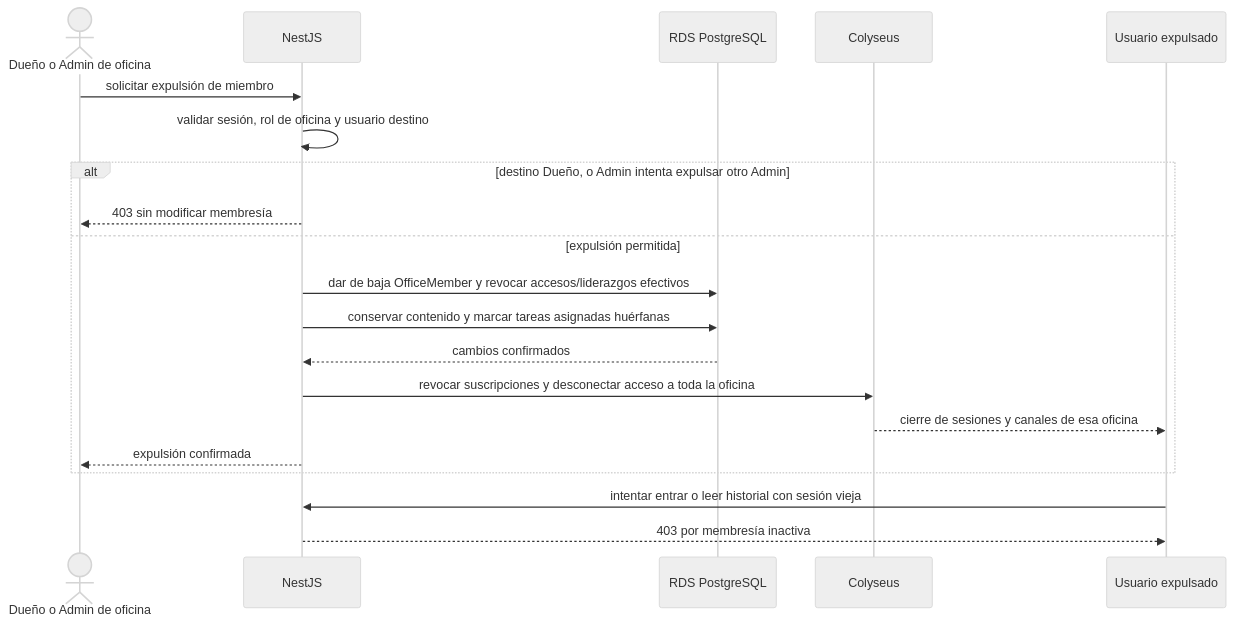
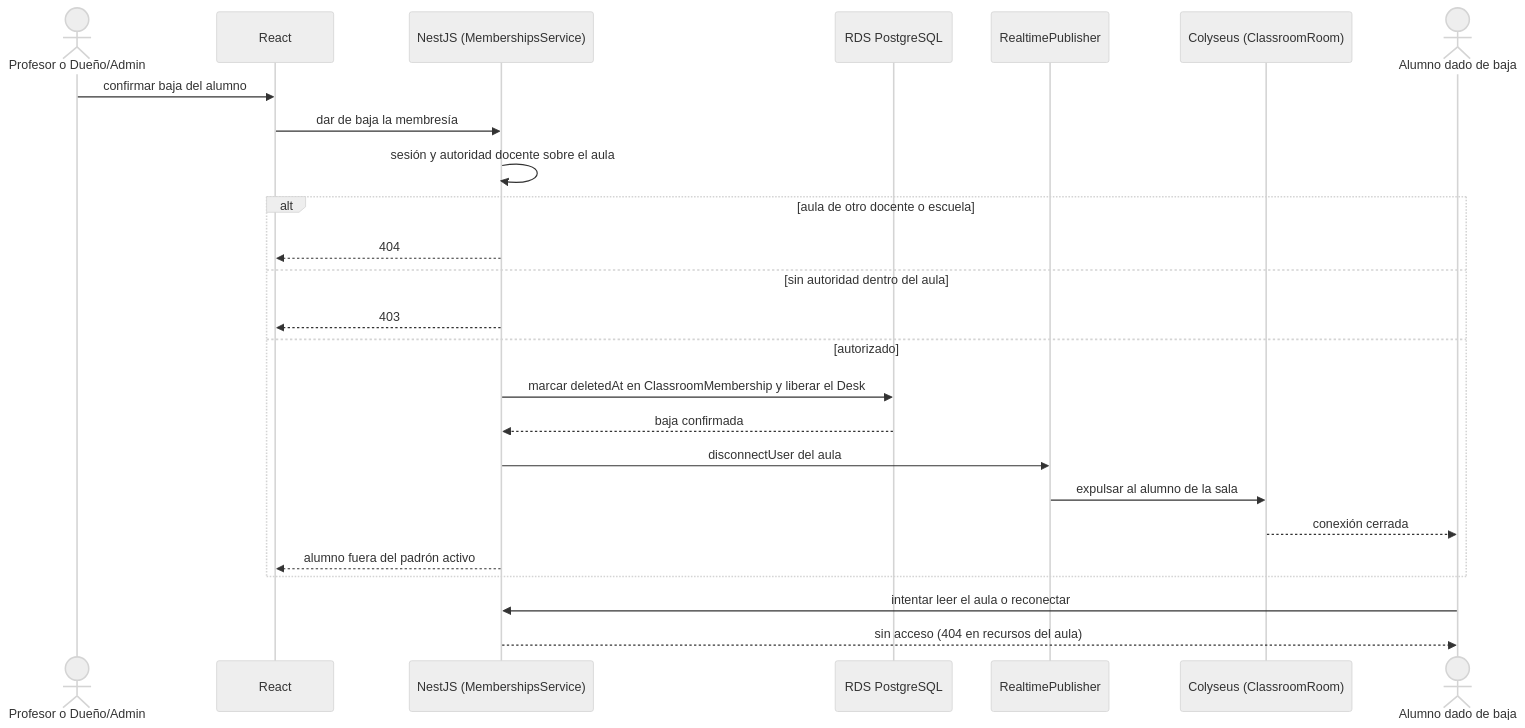
The third of 6 diagrams in docs/diagrams/04-behavioral/admin-flows.md (Agustin742/integratec-final-back), drawn with Mermaid (neutral theme) before and after one commit. The commit also changed other lines of this file and 4 other files, not shown here.

Commit message:
docs(diagrams): realign use cases and behavioral flows with the school niche model

````diff
--- a/docs/diagrams/04-behavioral/admin-flows.md
+++ b/docs/diagrams/04-behavioral/admin-flows.md
@@ -88,23 +96,28 @@
 ```mermaid
 sequenceDiagram
-    actor manager as Dueño o Admin de oficina
-    participant api as NestJS
+    actor staff as Profesor o Dueño/Admin
+    participant web as React
+    participant api as NestJS (MembershipsService)
     participant db as RDS PostgreSQL
-    participant col as Colyseus
-    participant target as Usuario expulsado
+    participant rt as RealtimePublisher
+    participant colyseus as Colyseus (ClassroomRoom)
+    actor student as Alumno dado de baja
 
-    manager->>api: solicitar expulsión de miembro
-    api->>api: validar sesión, rol de oficina y usuario destino
-    alt destino Dueño, o Admin intenta expulsar otro Admin
-        api-->>manager: 403 sin modificar membresía
-    else expulsión permitida
-        api->>db: dar de baja OfficeMember y revocar accesos/liderazgos efectivos
-        api->>db: conservar contenido y marcar tareas asignadas huérfanas
-        db-->>api: cambios confirmados
-        api->>col: revocar suscripciones y desconectar acceso a toda la oficina
-        col-->>target: cierre de sesiones y canales de esa oficina
-        api-->>manager: expulsión confirmada
+    staff->>web: confirmar baja del alumno
+    web->>api: dar de baja la membresía
+    api->>api: sesión y autoridad docente sobre el aula
+    alt aula de otro docente o escuela
+        api-->>web: 404
+    else sin autoridad dentro del aula
+        api-->>web: 403
+    else autorizado
+        api->>db: marcar deletedAt en ClassroomMembership y liberar el Desk
+        db-->>api: baja confirmada
+        api->>rt: disconnectUser del aula
+        rt->>colyseus: expulsar al alumno de la sala
+        colyseus-->>student: conexión cerrada
+        api-->>web: alumno fuera del padrón activo
     end
-    target->>api: intentar entrar o leer historial con sesión vieja
-    api-->>target: 403 por membresía inactiva
+    student->>api: intentar leer el aula o reconectar
+    api-->>student: sin acceso (404 en recursos del aula)
 ```
````
